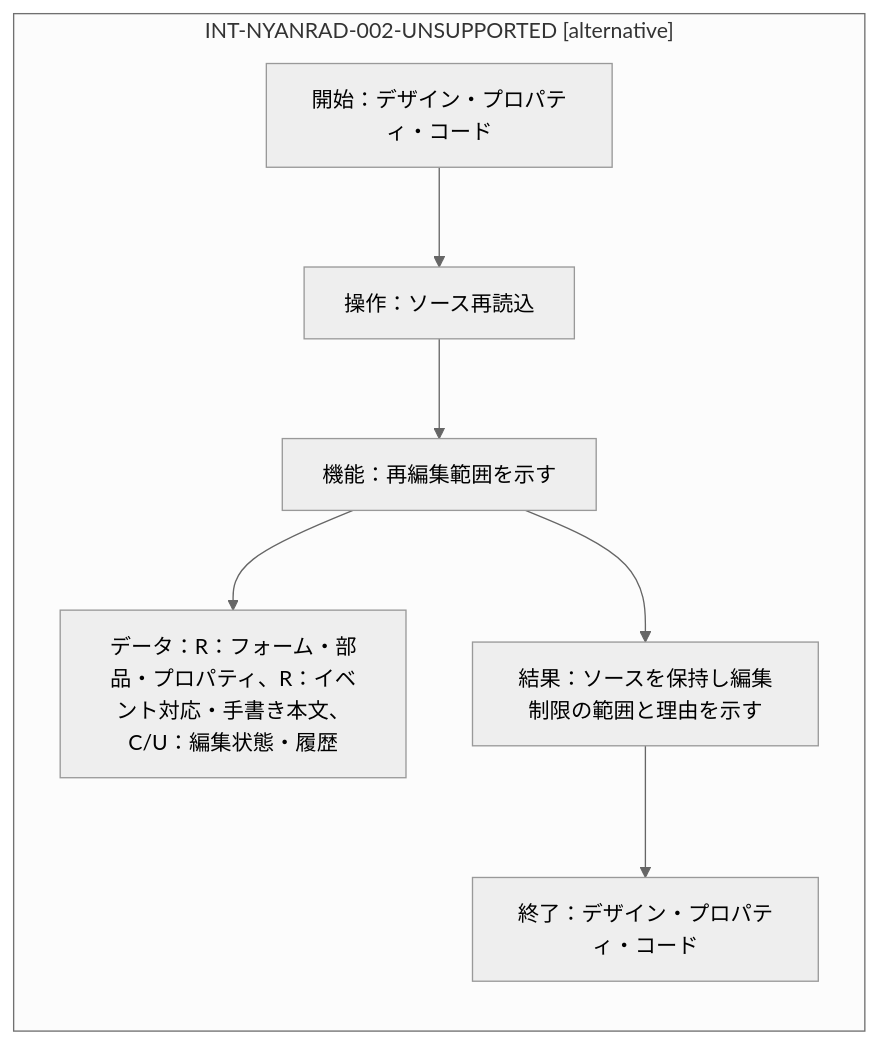
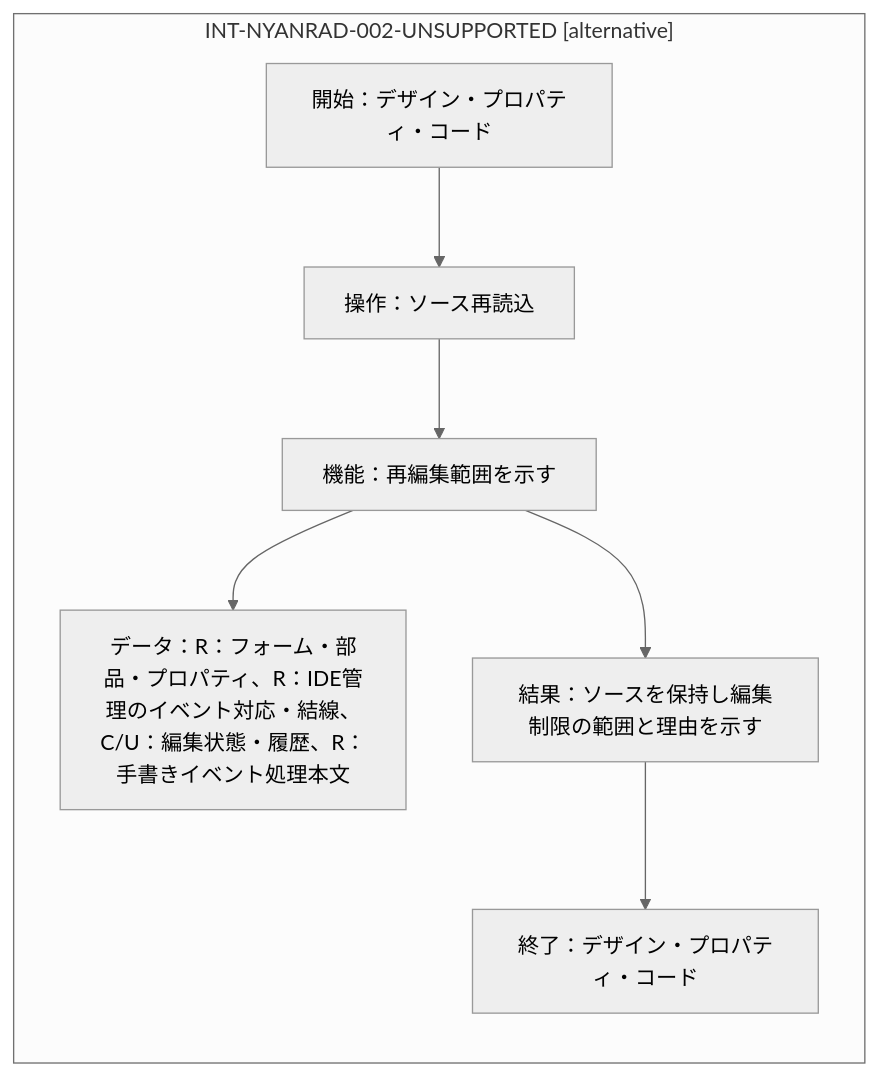
One commit to kosaru/NyanRAD changed the diagram in planning/ifdam/IFDAM-NYANRAD-002/diagrams/06.mmd. Above: the diagram before and after it, drawn with Mermaid (neutral theme). The commit also changed 37 other files, not shown here.

```diff
--- a/planning/ifdam/IFDAM-NYANRAD-002/diagrams/06.mmd
+++ b/planning/ifdam/IFDAM-NYANRAD-002/diagrams/06.mmd
@@ -1,6 +1,6 @@
 flowchart LR
   subgraph I["INT-NYANRAD-002-UNSUPPORTED [alternative]"]
     U["開始：デザイン・プロパティ・コード"] --> E["操作：ソース再読込"] --> F["機能：再編集範囲を示す"]
-    F --> D["データ：R：フォーム・部品・プロパティ、R：イベント対応・手書き本文、C/U：編集状態・履歴"]
+    F --> D["データ：R：フォーム・部品・プロパティ、R：IDE管理のイベント対応・結線、C/U：編集状態・履歴、R：手書きイベント処理本文"]
     F --> R["結果：ソースを保持し編集制限の範囲と理由を示す"] --> T["終了：デザイン・プロパティ・コード"]
   end
```
